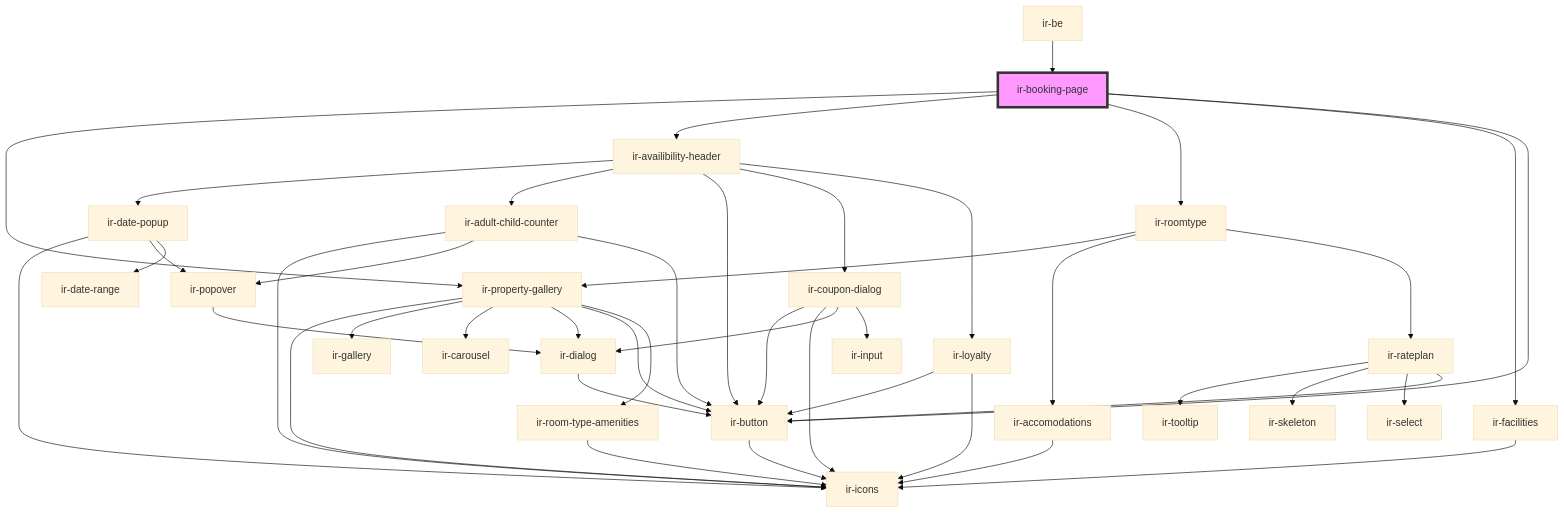
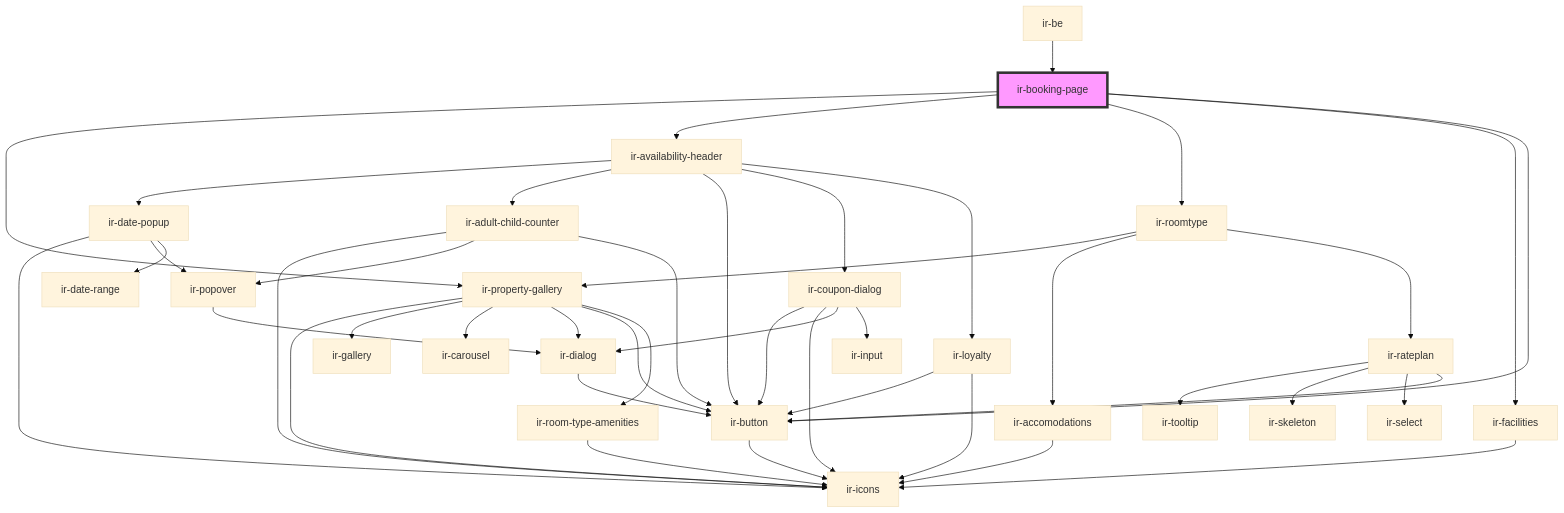
One commit to RonyRizk/ir-be changed the diagram in src/components/ir-booking-engine/ir-booking-page/readme.md. Above: the diagram before and after it, drawn with Mermaid (base theme). The commit also changed other lines of this file and 57 other files, not shown here.

````diff
--- a/src/components/ir-booking-engine/ir-booking-page/readme.md
+++ b/src/components/ir-booking-engine/ir-booking-page/readme.md
@@ -41,46 +41,46 @@
 ```mermaid
 graph TD;
   ir-booking-page --> ir-property-gallery
-  ir-booking-page --> ir-availibility-header
+  ir-booking-page --> ir-availability-header
   ir-booking-page --> ir-roomtype
   ir-booking-page --> ir-facilities
   ir-booking-page --> ir-button
   ir-property-gallery --> ir-icons
   ir-property-gallery --> ir-gallery
   ir-property-gallery --> ir-carousel
   ir-property-gallery --> ir-dialog
   ir-property-gallery --> ir-button
   ir-property-gallery --> ir-room-type-amenities
   ir-dialog --> ir-button
   ir-button --> ir-icons
   ir-room-type-amenities --> ir-icons
-  ir-availibility-header --> ir-date-popup
-  ir-availibility-header --> ir-adult-child-counter
-  ir-availibility-header --> ir-button
-  ir-availibility-header --> ir-coupon-dialog
-  ir-availibility-header --> ir-loyalty
+  ir-availability-header --> ir-date-popup
+  ir-availability-header --> ir-adult-child-counter
+  ir-availability-header --> ir-button
+  ir-availability-header --> ir-coupon-dialog
+  ir-availability-header --> ir-loyalty
   ir-date-popup --> ir-icons
   ir-date-popup --> ir-popover
   ir-date-popup --> ir-date-range
   ir-popover --> ir-dialog
   ir-adult-child-counter --> ir-icons
   ir-adult-child-counter --> ir-popover
   ir-adult-child-counter --> ir-button
   ir-coupon-dialog --> ir-button
   ir-coupon-dialog --> ir-icons
   ir-coupon-dialog --> ir-dialog
   ir-coupon-dialog --> ir-input
   ir-loyalty --> ir-button
   ir-loyalty --> ir-icons
   ir-roomtype --> ir-property-gallery
   ir-roomtype --> ir-accomodations
   ir-roomtype --> ir-rateplan
   ir-accomodations --> ir-icons
   ir-rateplan --> ir-tooltip
   ir-rateplan --> ir-skeleton
   ir-rateplan --> ir-select
   ir-rateplan --> ir-button
   ir-facilities --> ir-icons
   ir-be --> ir-booking-page
   style ir-booking-page fill:#f9f,stroke:#333,stroke-width:4px
 ```
````
